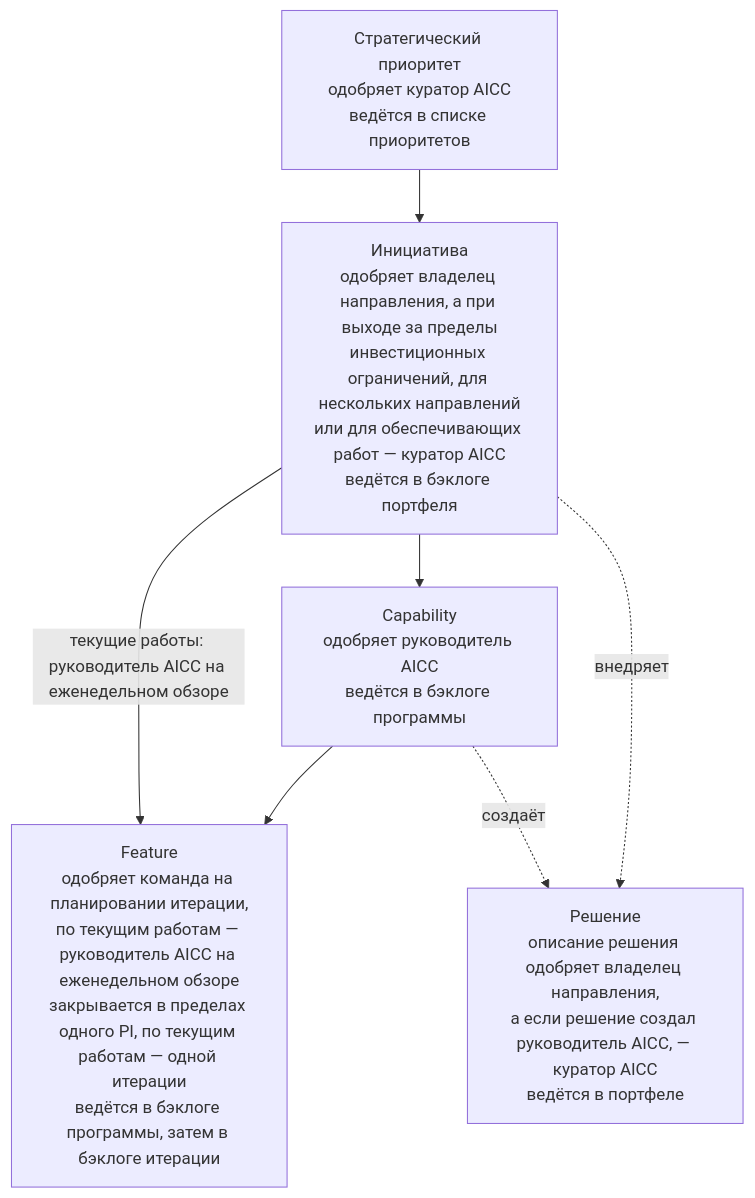
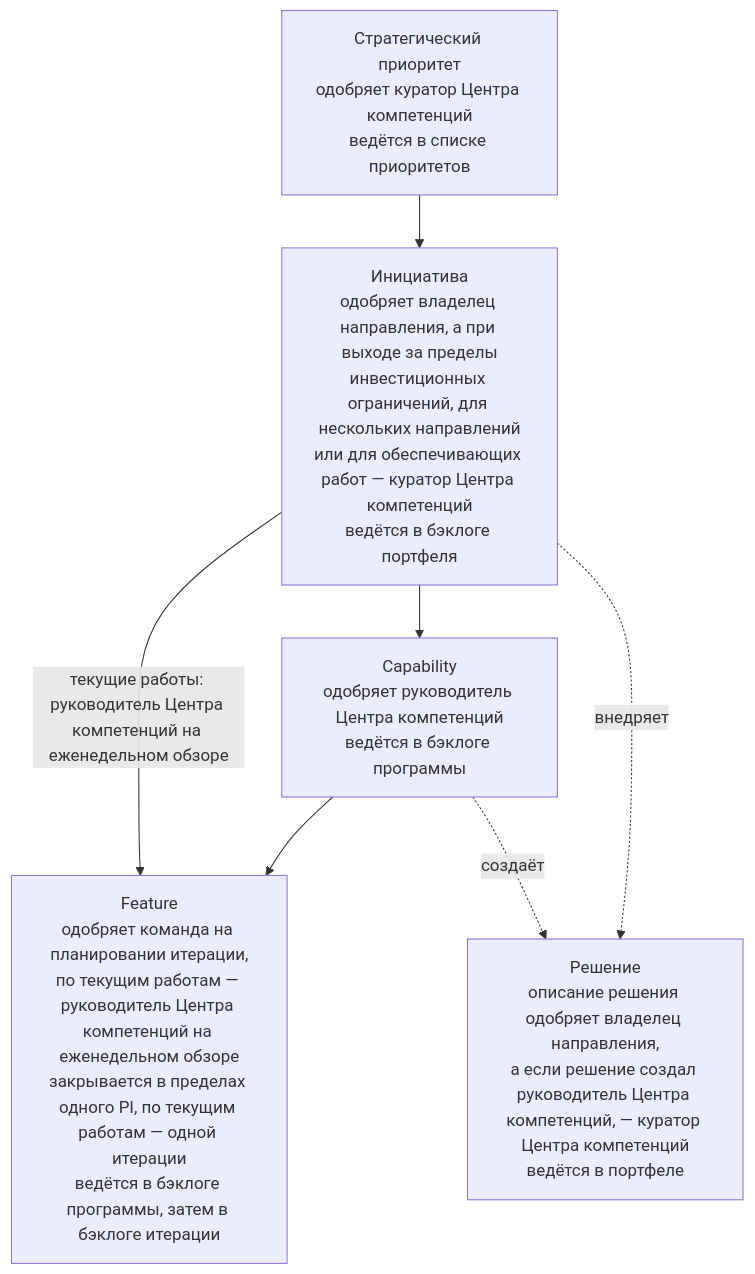
Before and after one commit to devhogu/ob-aicc: the first of 5 diagrams in charter/ru/guides/service-delivery-guide.md, drawn with Mermaid. The commit also changed other lines of this file and 1149 other files, not shown here.

````diff
--- a/charter/ru/guides/service-delivery-guide.md
+++ b/charter/ru/guides/service-delivery-guide.md
@@ -17,14 +17,14 @@
 ```mermaid
 flowchart TB
-  SP["Стратегический приоритет<br/>одобряет куратор AICC<br/>ведётся в списке приоритетов"]
-  INI["Инициатива<br/>одобряет владелец направления, а при выходе за пределы<br/>инвестиционных ограничений, для нескольких направлений<br/>или для обеспечивающих работ — куратор AICC<br/>ведётся в бэклоге портфеля"]
-  CAP["Capability<br/>одобряет руководитель AICC<br/>ведётся в бэклоге программы"]
-  FT["Feature<br/>одобряет команда на планировании итерации,<br/>по текущим работам — руководитель AICC на еженедельном обзоре<br/>закрывается в пределах одного PI, по текущим работам — одной итерации<br/>ведётся в бэклоге программы, затем в бэклоге итерации"]
-  SOL["Решение<br/>описание решения одобряет владелец направления,<br/>а если решение создал руководитель AICC, — куратор AICC<br/>ведётся в портфеле"]
+  SP["Стратегический приоритет<br/>одобряет куратор Центра компетенций<br/>ведётся в списке приоритетов"]
+  INI["Инициатива<br/>одобряет владелец направления, а при выходе за пределы<br/>инвестиционных ограничений, для нескольких направлений<br/>или для обеспечивающих работ — куратор Центра компетенций<br/>ведётся в бэклоге портфеля"]
+  CAP["Capability<br/>одобряет руководитель Центра компетенций<br/>ведётся в бэклоге программы"]
+  FT["Feature<br/>одобряет команда на планировании итерации,<br/>по текущим работам — руководитель Центра компетенций на еженедельном обзоре<br/>закрывается в пределах одного PI, по текущим работам — одной итерации<br/>ведётся в бэклоге программы, затем в бэклоге итерации"]
+  SOL["Решение<br/>описание решения одобряет владелец направления,<br/>а если решение создал руководитель Центра компетенций, — куратор Центра компетенций<br/>ведётся в портфеле"]
   SP --> INI
   INI --> CAP
   CAP --> FT
-  INI -->|текущие работы: руководитель AICC на еженедельном обзоре| FT
+  INI -->|текущие работы: руководитель Центра компетенций на еженедельном обзоре| FT
   INI -.->|"внедряет"| SOL
   CAP -.->|"создаёт"| SOL
 ```
````
